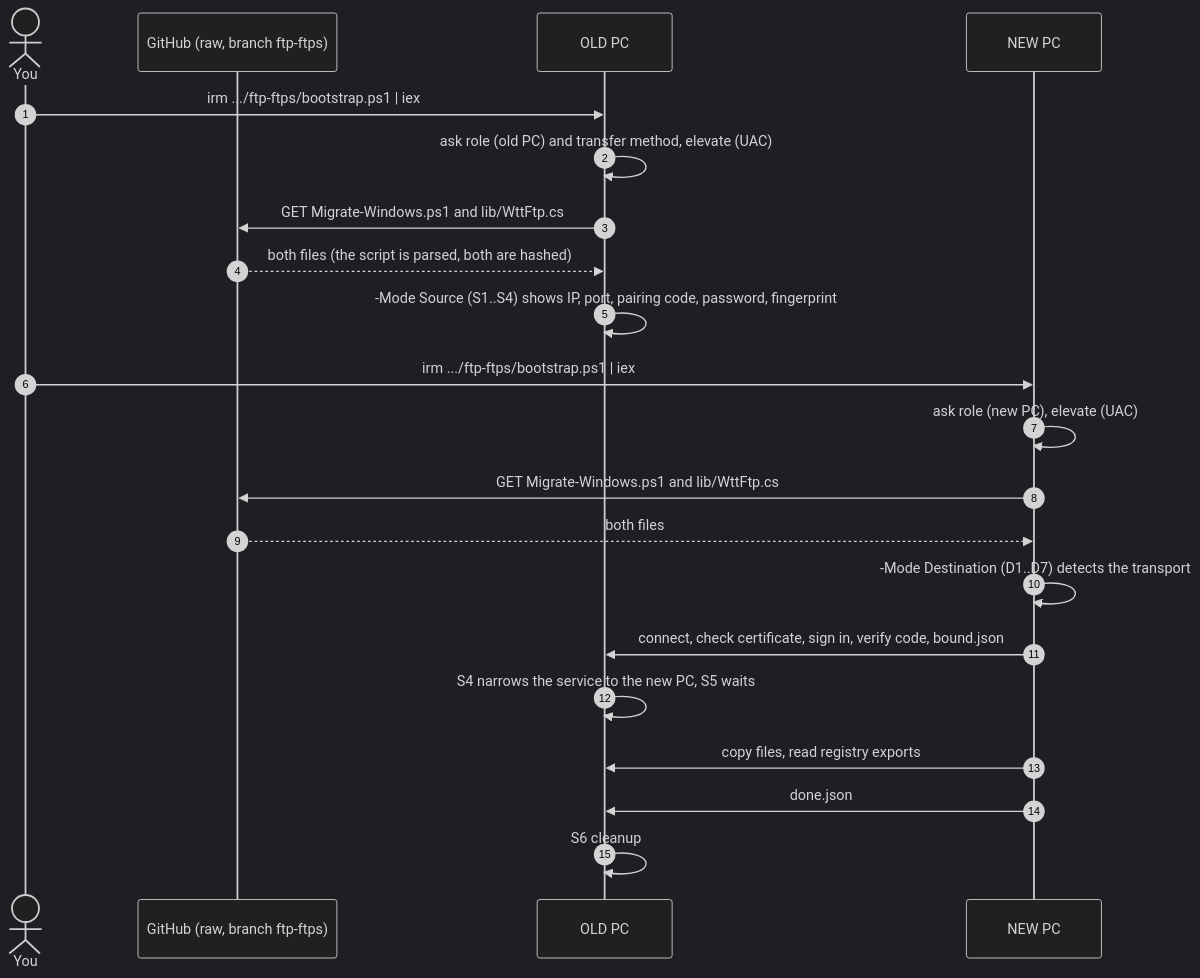
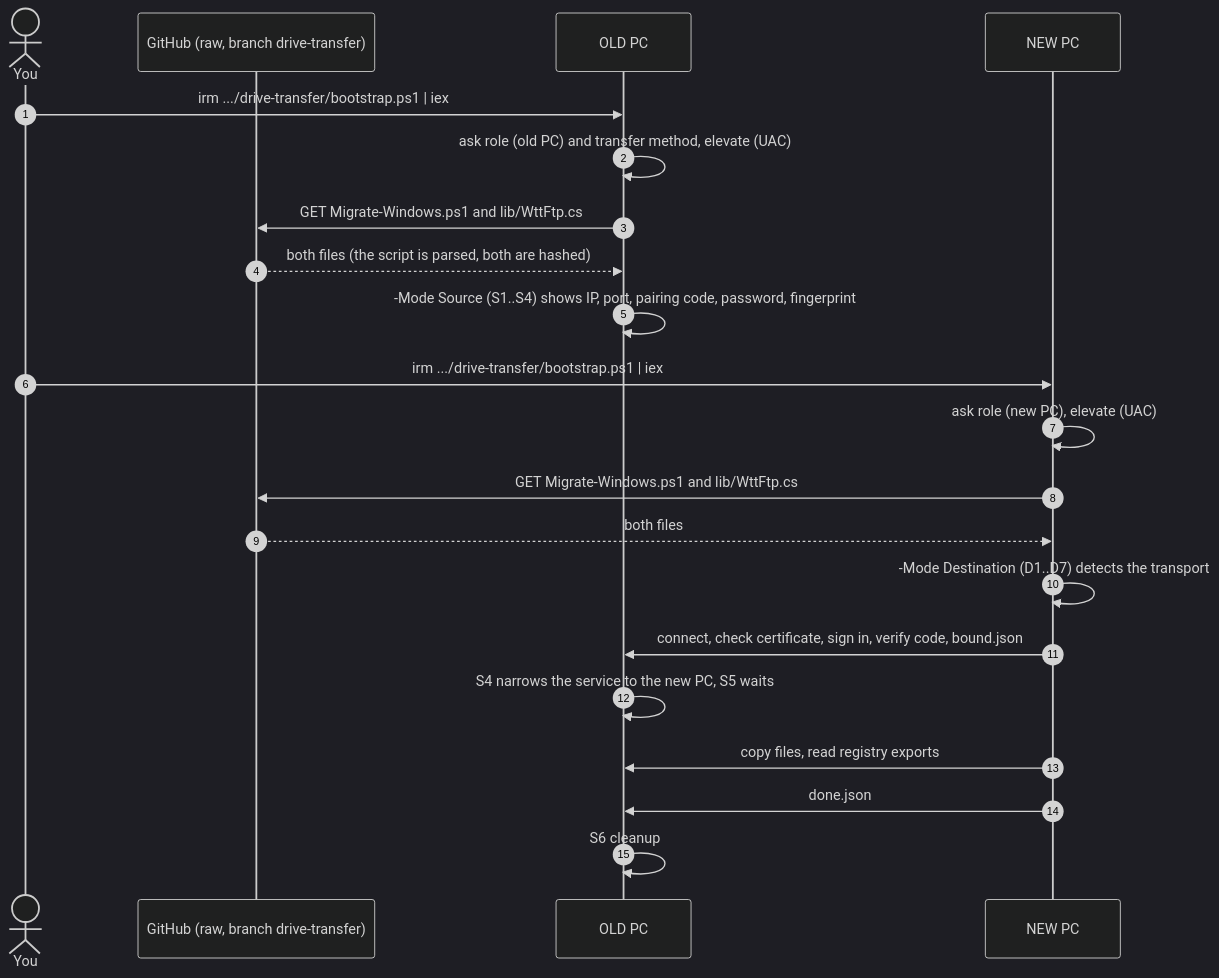
The first of 9 diagrams in docs/process.md (SheepasTech/windows-transfer-tool), drawn with Mermaid (dark theme) before and after one commit. The commit also changed other lines of this file and 5 other files, not shown here.

First line of the commit message:
Add flash drive / external SSD transport; README and bootstrap use this branch

````diff
--- a/docs/process.md
+++ b/docs/process.md
@@ -18,24 +19,24 @@
 ```mermaid
 sequenceDiagram
     autonumber
     actor U as You
-    participant G as GitHub (raw, branch ftp-ftps)
+    participant G as GitHub (raw, branch drive-transfer)
     participant O as OLD PC
     participant N as NEW PC
 
-    U->>O: irm .../ftp-ftps/bootstrap.ps1 | iex
+    U->>O: irm .../drive-transfer/bootstrap.ps1 | iex
     O->>O: ask role (old PC) and transfer method, elevate (UAC)
     O->>G: GET Migrate-Windows.ps1 and lib/WttFtp.cs
     G-->>O: both files (the script is parsed, both are hashed)
     O->>O: -Mode Source  (S1..S4) shows IP, port, pairing code, password, fingerprint
-    U->>N: irm .../ftp-ftps/bootstrap.ps1 | iex
+    U->>N: irm .../drive-transfer/bootstrap.ps1 | iex
     N->>N: ask role (new PC), elevate (UAC)
     N->>G: GET Migrate-Windows.ps1 and lib/WttFtp.cs
     G-->>N: both files
     N->>N: -Mode Destination (D1..D7) detects the transport
     N->>O: connect, check certificate, sign in, verify code, bound.json
     O->>O: S4 narrows the service to the new PC, S5 waits
     N->>O: copy files, read registry exports
     N->>O: done.json
     O->>O: S6 cleanup
 ```
````
